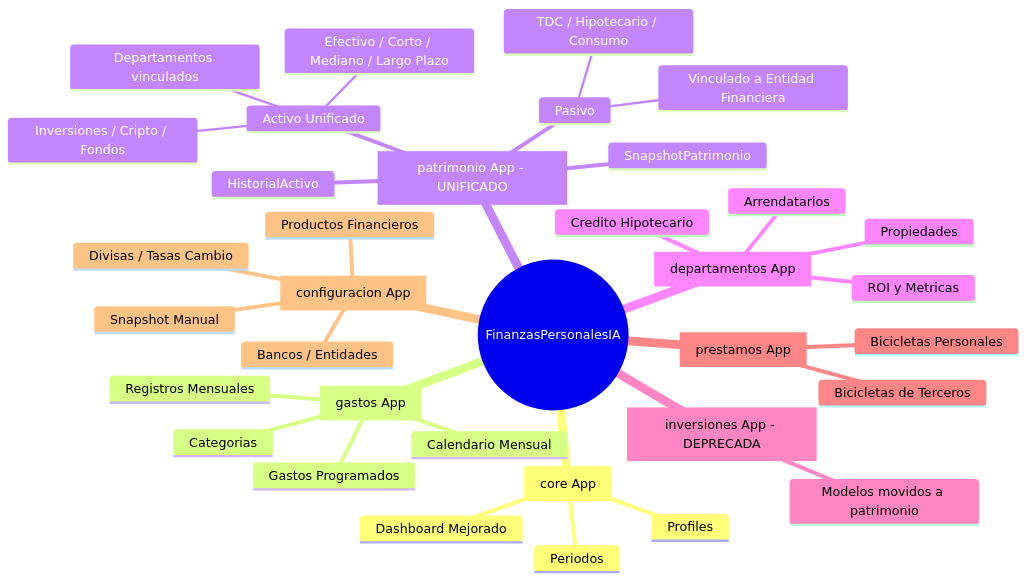
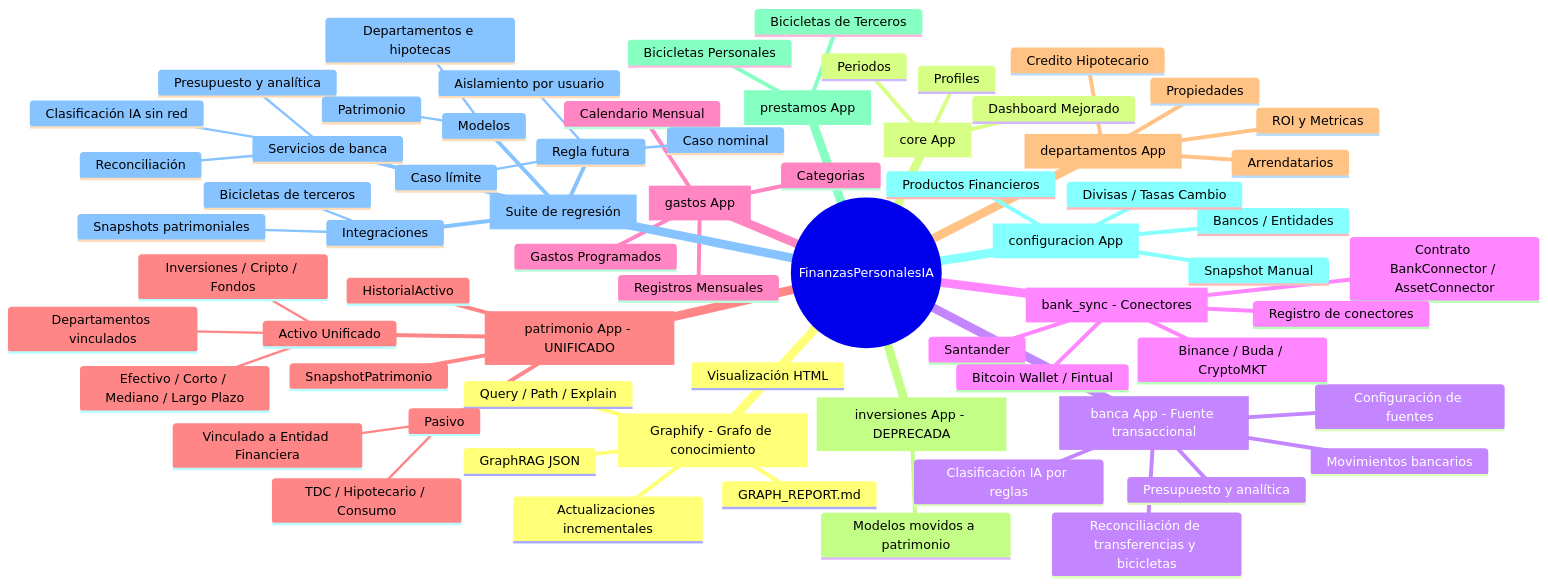
The diagram in AGENTS.md (gusdrawn/personal_finance_ia), drawn with Mermaid before and after one commit. The commit also changed other lines of this file and 80 other files, not shown here.

Commit message:
feat: integra banca y cobertura de regresión financiera

````diff
--- a/AGENTS.md
+++ b/AGENTS.md
@@ -200,45 +244,82 @@
 ```mermaid
 mindmap
   root((FinanzasPersonalesIA))
+    graphify[Graphify - Grafo de conocimiento]
+      ::icon(fa fa-project-diagram)
+      Visualización HTML
+      GraphRAG JSON
+      GRAPH_REPORT.md
+      Query / Path / Explain
+      Actualizaciones incrementales
     core[core App]
       ::icon(fa fa-shield)
       Profiles
       Periodos
       Dashboard Mejorado
+    banca[banca App - Fuente transaccional]
+      ::icon(fa fa-university)
+      Movimientos bancarios
+      Reconciliación de transferencias y bicicletas
+      Presupuesto y analítica
+      Clasificación IA por reglas
+      Configuración de fuentes
+    bank_sync[bank_sync - Conectores]
+      ::icon(fa fa-plug)
+      Contrato BankConnector / AssetConnector
+      Santander
+      Binance / Buda / CryptoMKT
+      Bitcoin Wallet / Fintual
+      Registro de conectores
     gastos[gastos App]
       ::icon(fa fa-receipt)
       Categorias
       Registros Mensuales
       Gastos Programados
       Calendario Mensual
     patrimonio[patrimonio App - UNIFICADO]
       ::icon(fa fa-vault)
       Activo Unificado
         Efectivo / Corto / Mediano / Largo Plazo
         Inversiones / Cripto / Fondos
         Departamentos vinculados
       Pasivo
         TDC / Hipotecario / Consumo
         Vinculado a Entidad Financiera
       HistorialActivo
       SnapshotPatrimonio
     departamentos[departamentos App]
       ::icon(fa fa-building)
       Propiedades
       Credito Hipotecario
       Arrendatarios
       ROI y Metricas
     inversiones[inversiones App - DEPRECADA]
       ::icon(fa fa-archive)
       Modelos movidos a patrimonio
     prestamos[prestamos App]
       ::icon(fa fa-bicycle)
       Bicicletas Personales
       Bicicletas de Terceros
     configuracion[configuracion App]
       ::icon(fa fa-cogs)
       Bancos / Entidades
       Productos Financieros
       Divisas / Tasas Cambio
       Snapshot Manual
+    pruebas[Suite de regresión]
+      ::icon(fa fa-vial)
+      Servicios de banca
+        Reconciliación
+        Presupuesto y analítica
+        Clasificación IA sin red
+      Integraciones
+        Snapshots patrimoniales
+        Bicicletas de terceros
+      Modelos
+        Departamentos e hipotecas
+        Patrimonio
+      Regla futura
+        Caso nominal
+        Caso límite
+        Aislamiento por usuario
 ```
````
